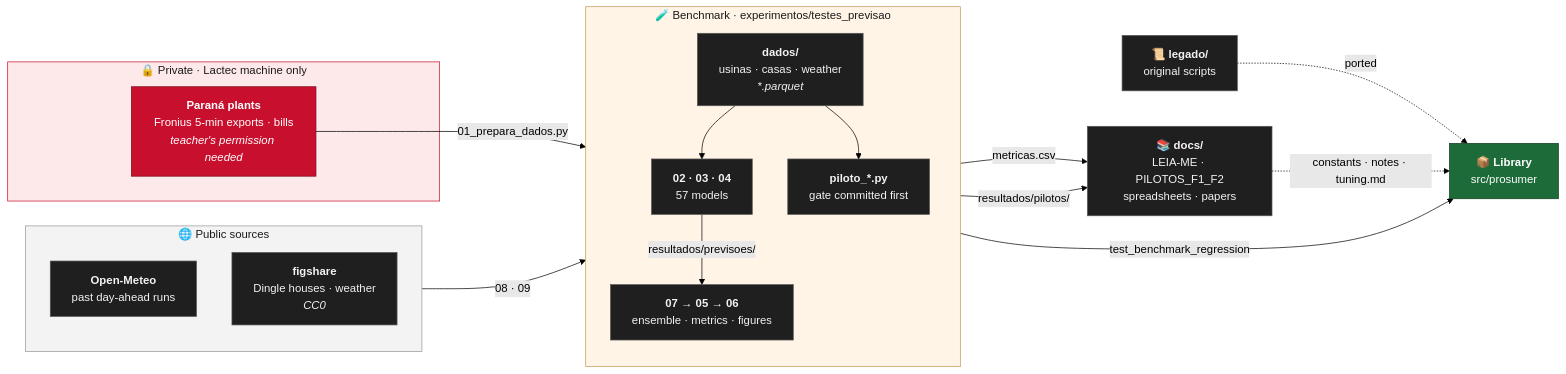
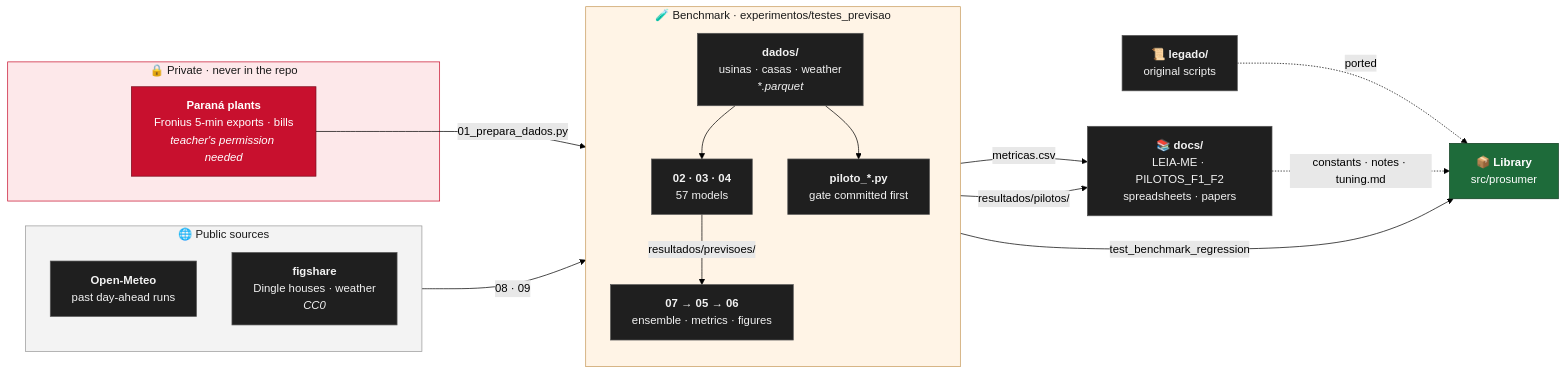
Before and after one commit to JoaoCarlos134/prosumer: the second of 2 diagrams in docs/REPO_MAP.md, drawn with Mermaid (forest theme). The commit also changed other lines of this file and 56 other files, not shown here.

First line of the commit message:
No employer, machine, server or private path names in tracked files

````diff
--- a/docs/REPO_MAP.md
+++ b/docs/REPO_MAP.md
@@ -58,44 +58,44 @@
 ```mermaid
 flowchart LR
-    subgraph PRIV["🔒 Private · Lactec machine only"]
+    subgraph PRIV["🔒 Private · never in the repo"]
         LAC["<b>Paraná plants</b><br/>Fronius 5-min exports · bills<br/><i>teacher's permission needed</i>"]
     end
     subgraph PUB["🌐 Public sources"]
         direction TB
         OM["<b>Open-Meteo</b><br/>past day-ahead runs"]
         FIG["<b>figshare</b><br/>Dingle houses · weather<br/><i>CC0</i>"]
     end
 
     subgraph BENCH["🧪 Benchmark · experimentos/testes_previsao"]
         direction TB
         DADOS["<b>dados/</b><br/>usinas · casas · weather<br/><i>*.parquet</i>"]
         RUN["<b>02 · 03 · 04</b><br/>57 models"]
         EVAL["<b>07 → 05 → 06</b><br/>ensemble · metrics · figures"]
         PIL["<b>piloto_*.py</b><br/>gate committed first"]
         DADOS --> RUN
         RUN -->|"resultados/previsoes/"| EVAL
         DADOS --> PIL
     end
 
     LEG["📜 <b>legado/</b><br/>original scripts"]
     LIB["📦 <b>Library</b><br/>src/prosumer"]
     DOCS["📚 <b>docs/</b><br/>LEIA-ME · PILOTOS_F1_F2<br/>spreadsheets · papers"]
 
     LAC -->|"01_prepara_dados.py"| DADOS
     PUB -->|"08 · 09"| DADOS
     EVAL -->|"metricas.csv"| DOCS
     EVAL -->|"test_benchmark_regression"| LIB
     PIL -->|"resultados/pilotos/"| DOCS
     LEG -.->|"ported"| LIB
     DOCS -.->|"constants · notes · tuning.md"| LIB
 
     classDef box fill:#1f1f1f,stroke:#555,color:#f2f2f2
     classDef key fill:#c8102e,stroke:#7a0a1c,color:#ffffff
     classDef product fill:#1e6b3a,stroke:#0f3d20,color:#ffffff
     class OM,FIG,DADOS,RUN,EVAL,PIL,LEG,DOCS box
     class LAC key
     class LIB product
     style BENCH fill:#fff4e6,stroke:#c79a5b,color:#1a1a1a
     style PUB fill:#f3f3f3,stroke:#999,color:#1a1a1a
     style PRIV fill:#fde8ea,stroke:#c8102e,color:#1a1a1a
 ```
````
